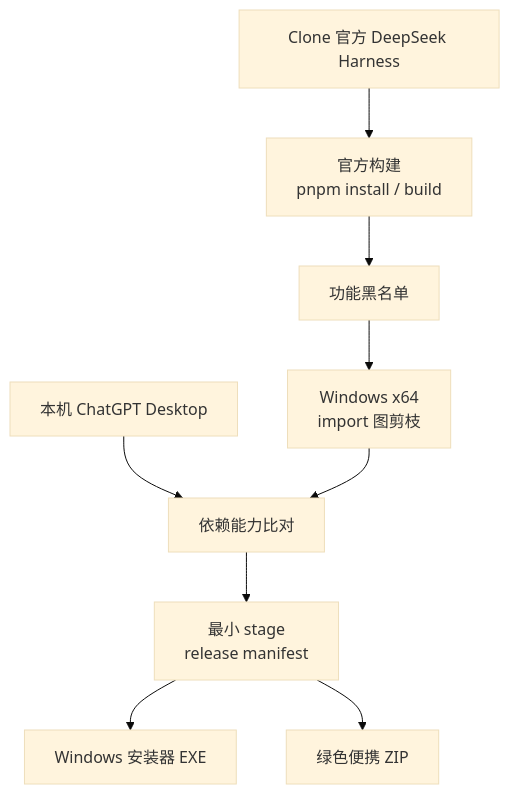
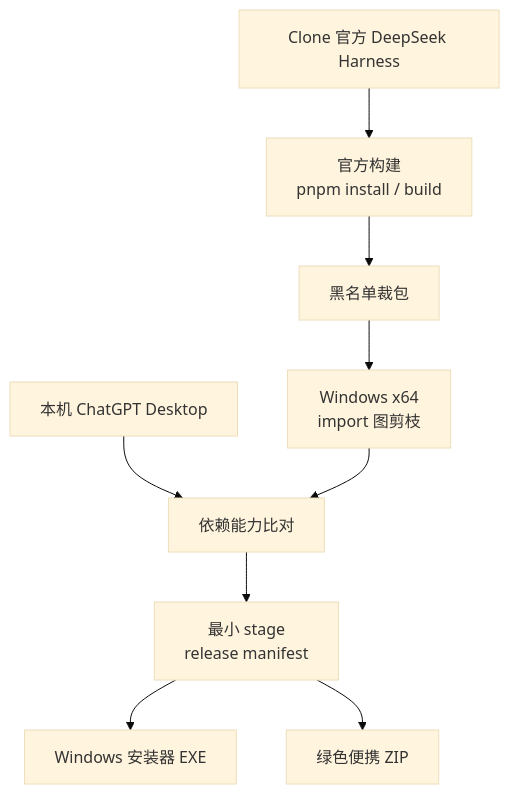
One commit to igttttma/DeepSeek-Harness-on-ChatGPT changed the diagram in README.md. Above: the diagram before and after it, drawn with Mermaid (base theme). The commit also changed other lines of this file and 1 other file, not shown here.

````diff
--- a/README.md
+++ b/README.md
@@ -53,11 +56,11 @@
 ```mermaid
 flowchart TB
     A[Clone 官方 DeepSeek Harness] --> B[官方构建<br/>pnpm install / build]
-    B --> C[功能黑名单]
+    B --> C[黑名单裁包]
     C --> D[Windows x64<br/>import 图剪枝]
     E[本机 ChatGPT Desktop] --> F[依赖能力比对]
     D --> F
     F --> G[最小 stage<br/>release manifest]
     G --> H[Windows 安装器 EXE]
     G --> I[绿色便携 ZIP]
 ```
````
